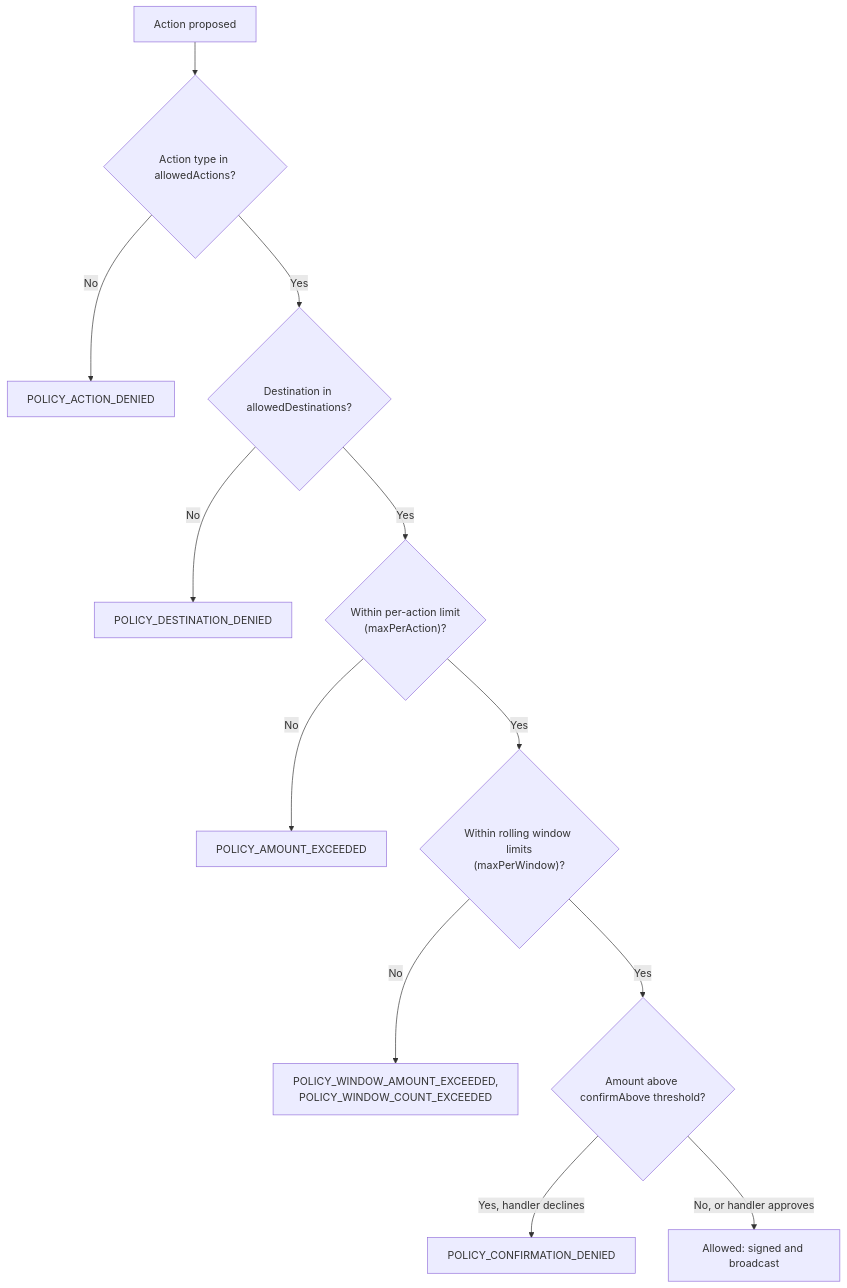
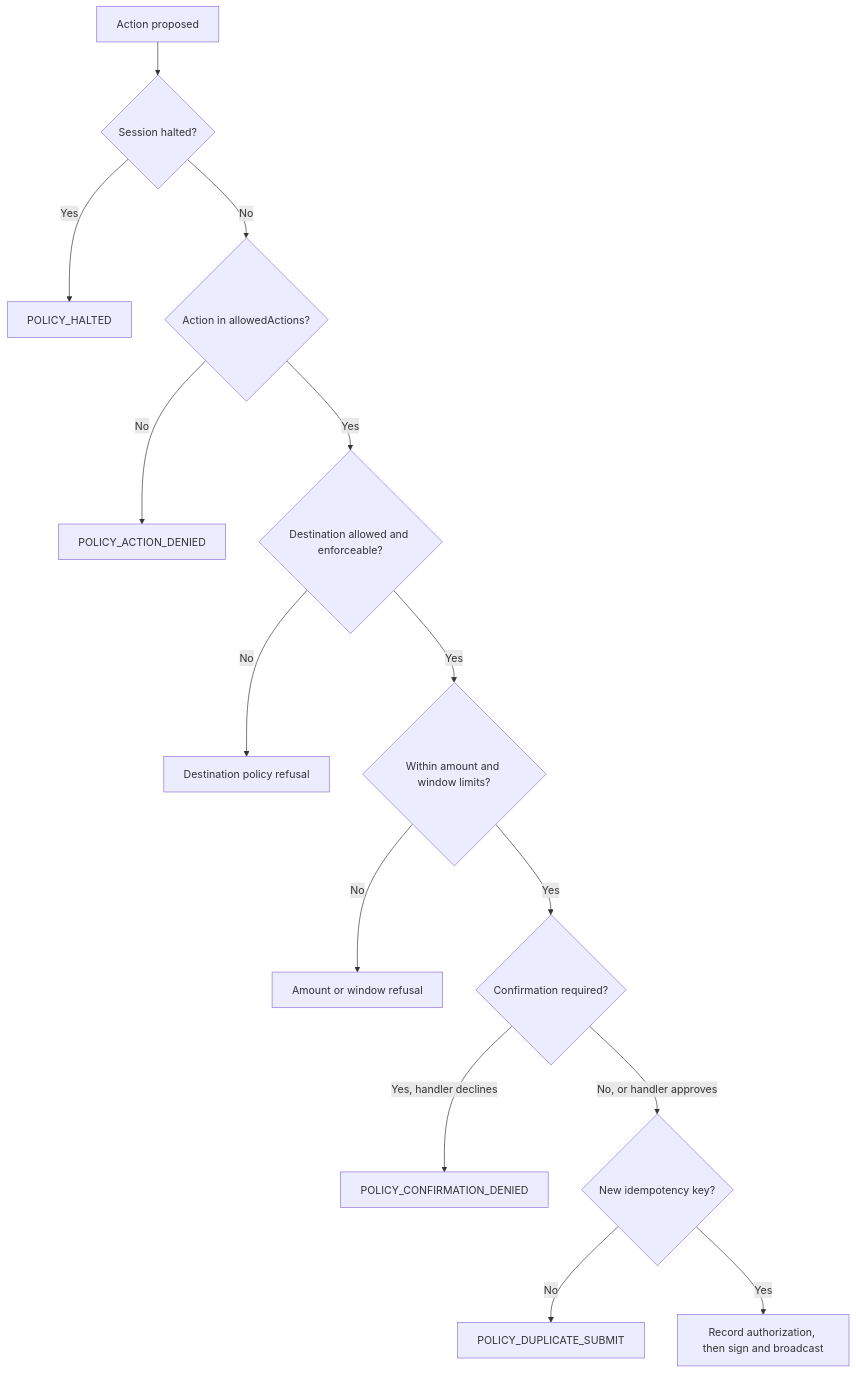
One commit to XChain-Platform/xchain-documentation changed the first of 2 diagrams in ai-agents/agent-wallets.md. Above: the diagram before and after it, drawn with Mermaid. The commit also changed other lines of this file, not shown here.

````diff
--- a/ai-agents/agent-wallets.md
+++ b/ai-agents/agent-wallets.md
@@ -68,14 +82,16 @@
 ```mermaid
 flowchart TD
-    A["Action proposed"] --> B{"Action type in allowedActions?"}
+    A["Action proposed"] --> Z{"Session halted?"}
+    Z -- "Yes" --> D0["POLICY_HALTED"]
+    Z -- "No" --> B{"Action in allowedActions?"}
     B -- "No" --> D1["POLICY_ACTION_DENIED"]
-    B -- "Yes" --> C{"Destination in allowedDestinations?"}
-    C -- "No" --> D2["POLICY_DESTINATION_DENIED"]
-    C -- "Yes" --> E{"Within per-action limit<br>(maxPerAction)?"}
-    E -- "No" --> D3["POLICY_AMOUNT_EXCEEDED"]
-    E -- "Yes" --> F{"Within rolling window limits<br>(maxPerWindow)?"}
-    F -- "No" --> D4["POLICY_WINDOW_AMOUNT_EXCEEDED,<br>POLICY_WINDOW_COUNT_EXCEEDED"]
-    F -- "Yes" --> G{"Amount above confirmAbove threshold?"}
-    G -- "Yes, handler declines" --> D5["POLICY_CONFIRMATION_DENIED"]
-    G -- "No, or handler approves" --> H["Allowed: signed and broadcast"]
+    B -- "Yes" --> C{"Destination allowed and enforceable?"}
+    C -- "No" --> D2["Destination policy refusal"]
+    C -- "Yes" --> E{"Within amount and window limits?"}
+    E -- "No" --> D3["Amount or window refusal"]
+    E -- "Yes" --> F{"Confirmation required?"}
+    F -- "Yes, handler declines" --> D4["POLICY_CONFIRMATION_DENIED"]
+    F -- "No, or handler approves" --> G{"New idempotency key?"}
+    G -- "No" --> D5["POLICY_DUPLICATE_SUBMIT"]
+    G -- "Yes" --> H["Record authorization, then sign and broadcast"]
 ```
````
